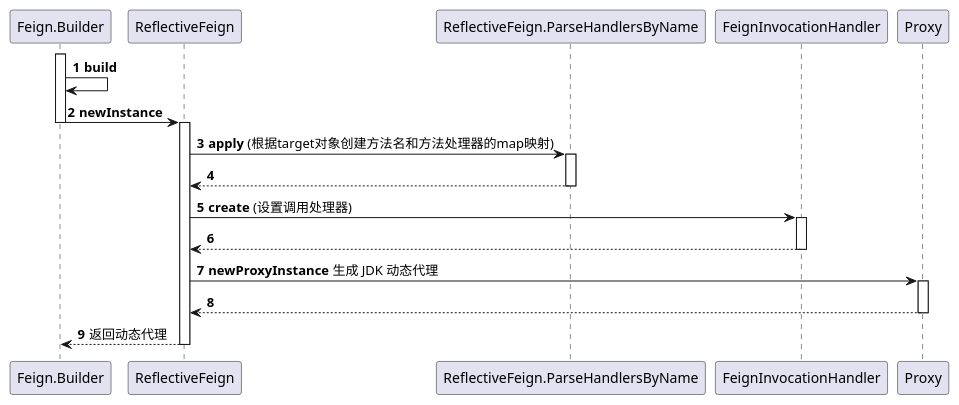
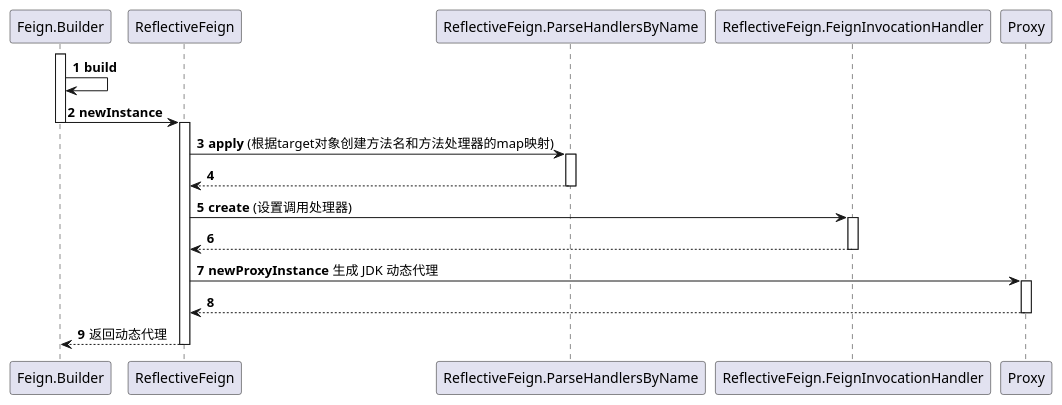
Before and after one commit to implicated/feign-docs: the diagram in docs/modules/ROOT/attachments/feign.puml, drawn with PlantUML. The commit also changed 14 other files, not shown here.

```diff
--- a/docs/modules/ROOT/attachments/feign.puml
+++ b/docs/modules/ROOT/attachments/feign.puml
@@ -1,14 +1,14 @@
 @startuml
 autonumber
 
 activate Feign.Builder
 Feign.Builder -> Feign.Builder : <b>build</b>
 Feign.Builder -> ReflectiveFeign --++: <b>newInstance</b>
 ReflectiveFeign -> ReflectiveFeign.ParseHandlersByName ++: <b>apply</b> (根据target对象创建方法名和方法处理器的map映射)
 return
-ReflectiveFeign -> FeignInvocationHandler ++: <b>create</b> (设置调用处理器)
+ReflectiveFeign -> ReflectiveFeign.FeignInvocationHandler ++: <b>create</b> (设置调用处理器)
 return
 ReflectiveFeign -> Proxy ++: <b>newProxyInstance</b> 生成 JDK 动态代理
 return
 return 返回动态代理
 @enduml
```
